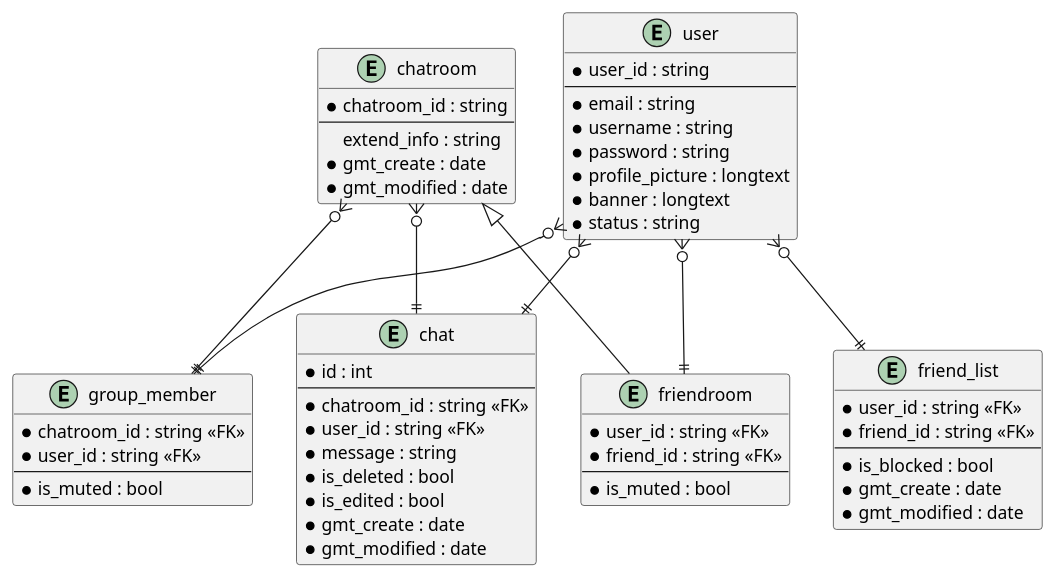
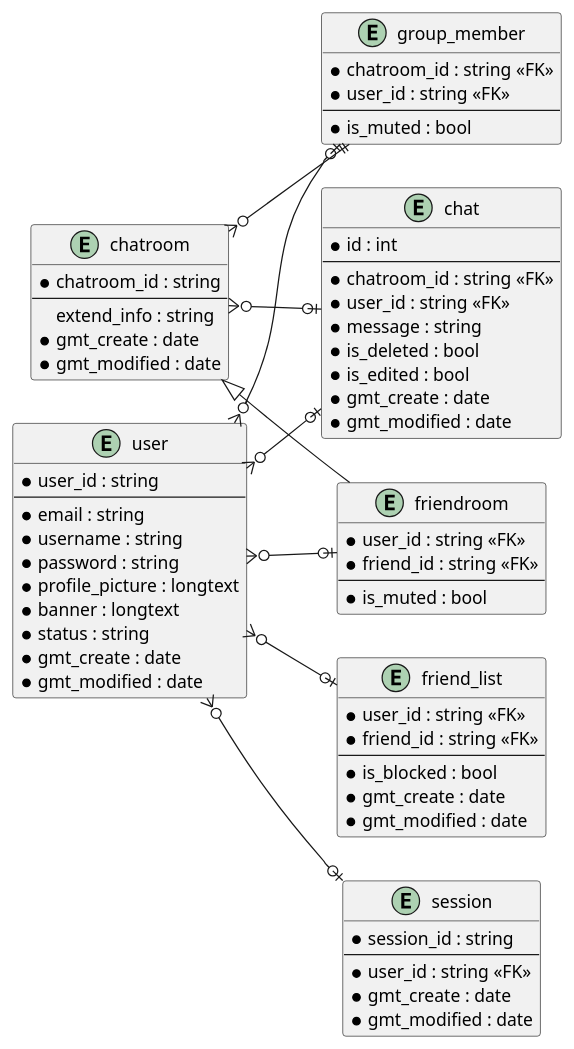
The diagram in model/class diagram.pu (aldihsuhandi/springproject), drawn with PlantUML before and after one commit. The commit also changed 2 other files, not shown here.

```diff
--- a/model/class diagram.pu
+++ b/model/class diagram.pu
@@ -1,73 +1,86 @@
 @startuml
+
+left to right direction
 
 entity group_member {
     * chatroom_id : string <<FK>>
     * user_id : string <<FK>>
     --
     * is_muted : bool
 }
 
 entity chat {
     * id : int
     --
     * chatroom_id : string <<FK>>
     * user_id : string <<FK>>
     * message : string
     * is_deleted : bool
     * is_edited : bool
     * gmt_create : date
     * gmt_modified : date
 }
 
 entity user {
     * user_id : string
     --
     * email : string
     * username : string
     * password : string
     * profile_picture : longtext
     * banner : longtext
     * status : string
+    * gmt_create : date
+    * gmt_modified : date
+}
+
+entity session {
+    * session_id : string
+    --
+    * user_id : string <<FK>>
+    * gmt_create : date
+    * gmt_modified : date
 }
 
 entity friend_list {
     * user_id : string <<FK>>
     * friend_id : string <<FK>>
     --
     * is_blocked : bool 
     * gmt_create : date
     * gmt_modified : date
 }
 
 entity chatroom {
     * chatroom_id : string
     --
     extend_info : string
     * gmt_create : date
     * gmt_modified : date
 }
 
 entity friendroom {
     * user_id : string <<FK>>
     * friend_id : string <<FK>>
     --
     * is_muted : bool
 }
 
 ' relation
-user }o--|| friend_list
+user }o--o| friend_list
 
-user }o--|| friendroom
+user }o--o| friendroom
 
-user }o--|| group_member
+user }o--o| group_member
 chatroom }o--|| group_member
 
-user }o--|| chat
-chatroom }o--|| chat
+user }o--o| chat
+chatroom }o--o| chat
 
+user }o--o| session
 
 skinparam chatroomInheritance 1
 chatroom <|-- friendroom
 
 
 @enduml
```
